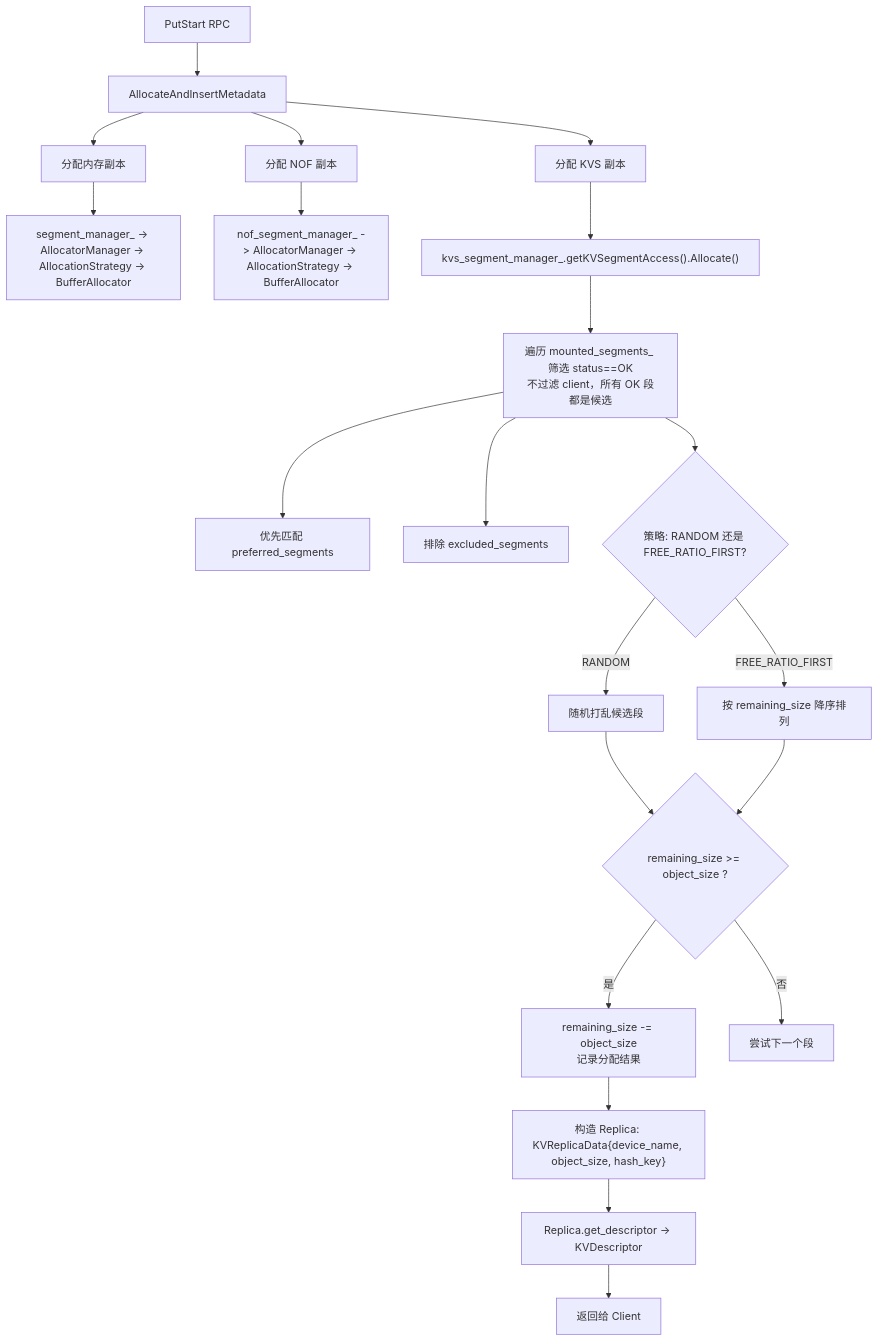
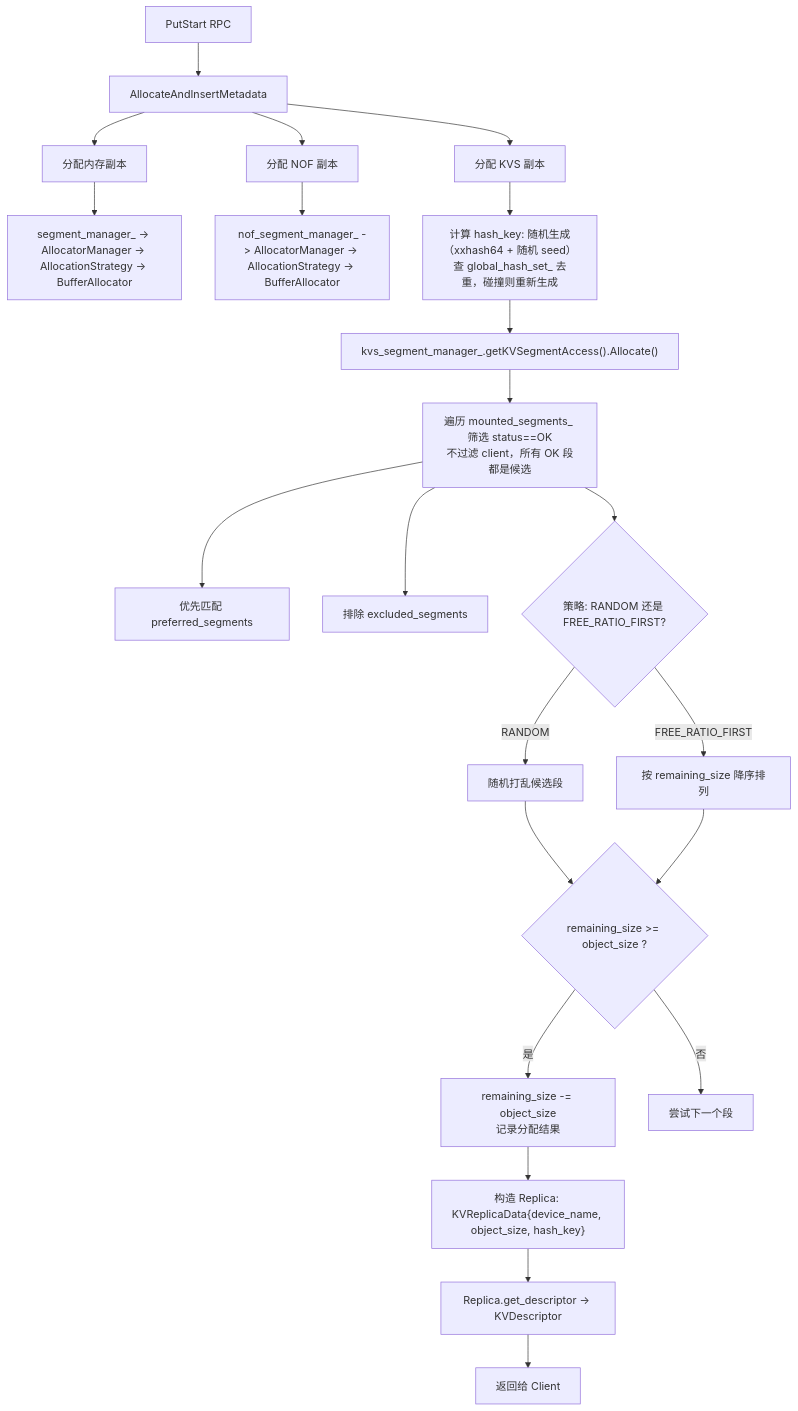
The seventh of 20 diagrams in mooncake-store/docs/KVUSegment_design.md (yz53665/Mooncake), drawn with Mermaid before and after one commit. The commit also changed other lines of this file, not shown here.

````diff
--- a/mooncake-store/docs/KVUSegment_design.md
+++ b/mooncake-store/docs/KVUSegment_design.md
@@ -304,30 +384,31 @@
 ```mermaid
 flowchart TD
     A[PutStart RPC] --> B[AllocateAndInsertMetadata]
 
     B --> C[分配内存副本]
     C --> D["segment_manager_ -> AllocatorManager -> AllocationStrategy -> BufferAllocator"]
 
     B --> F[分配 NOF 副本]
     F --> G["nof_segment_manager_ -> AllocatorManager -> AllocationStrategy -> BufferAllocator"]
 
     B --> I[分配 KVS 副本]
-    I --> J["kvs_segment_manager_.getKVSegmentAccess().Allocate()"]
+    I --> H["计算 hash_key: 随机生成（xxhash64 + 随机 seed）<br/>查 global_hash_set_ 去重，碰撞则重新生成"]
+    H --> J["kvs_segment_manager_.getKVSegmentAccess().Allocate()"]
 
     J --> K["遍历 mounted_segments_ 筛选 status==OK<br/>不过滤 client，所有 OK 段都是候选"]
     K --> L[优先匹配 preferred_segments]
     K --> M[排除 excluded_segments]
     K --> N{策略: RANDOM 还是 FREE_RATIO_FIRST?}
     N -->|RANDOM| O[随机打乱候选段]
     N -->|FREE_RATIO_FIRST| P[按 remaining_size 降序排列]
 
     O --> Q{"remaining_size >= object_size ?"}
     P --> Q
 
     Q -->|是| R["remaining_size -= object_size<br/>记录分配结果"]
     Q -->|否| S[尝试下一个段]
 
     R --> T["构造 Replica: KVReplicaData{device_name, object_size, hash_key}"]
     T --> U["Replica.get_descriptor -> KVDescriptor"]
     U --> X[返回给 Client]
 ```
````
